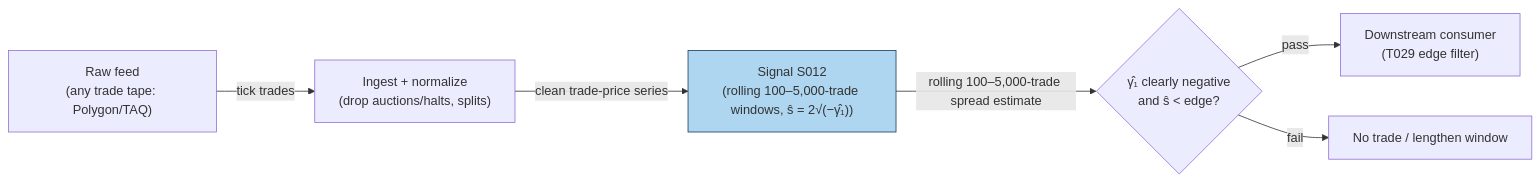
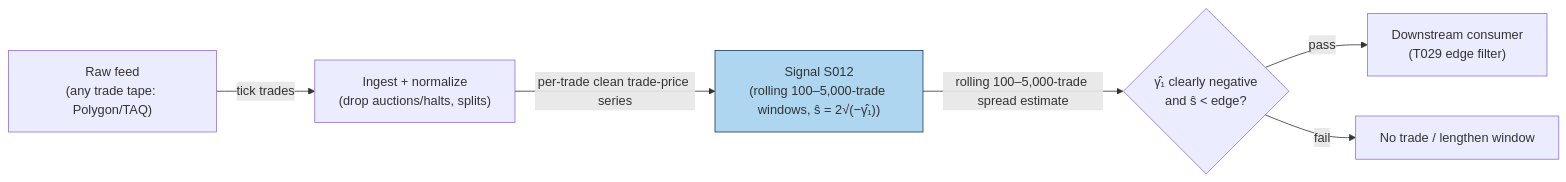
Before and after one commit to praveenguptahcl/quant-signals-deep: the diagram in batches/SB4/S012.md, drawn with Mermaid. The commit also changed other lines of this file and 20 other files, not shown here.

````diff
--- a/batches/SB4/S012.md
+++ b/batches/SB4/S012.md
@@ -178,9 +180,9 @@
 ```mermaid
 flowchart LR
     FEED["Raw feed<br/>(any trade tape: Polygon/TAQ)"] -->|tick trades| ING["Ingest + normalize<br/>(drop auctions/halts, splits)"]
-    ING -->|clean trade-price series| SIG["Signal S012<br/>(rolling 100–5,000-trade windows, ŝ = 2√(−γ̂₁))"]
+    ING -->|per-trade clean trade-price series| SIG["Signal S012<br/>(rolling 100–5,000-trade windows, ŝ = 2√(−γ̂₁))"]
     SIG -->|rolling 100–5,000-trade spread estimate| GATE{"γ̂₁ clearly negative<br/>and ŝ < edge?"}
     GATE -->|pass| OUT["Downstream consumer<br/>(T029 edge filter)"]
     GATE -->|fail| DROP["No trade / lengthen window"]
     style SIG fill:#aed6f1,stroke:#1f3a5f
 ```
````
